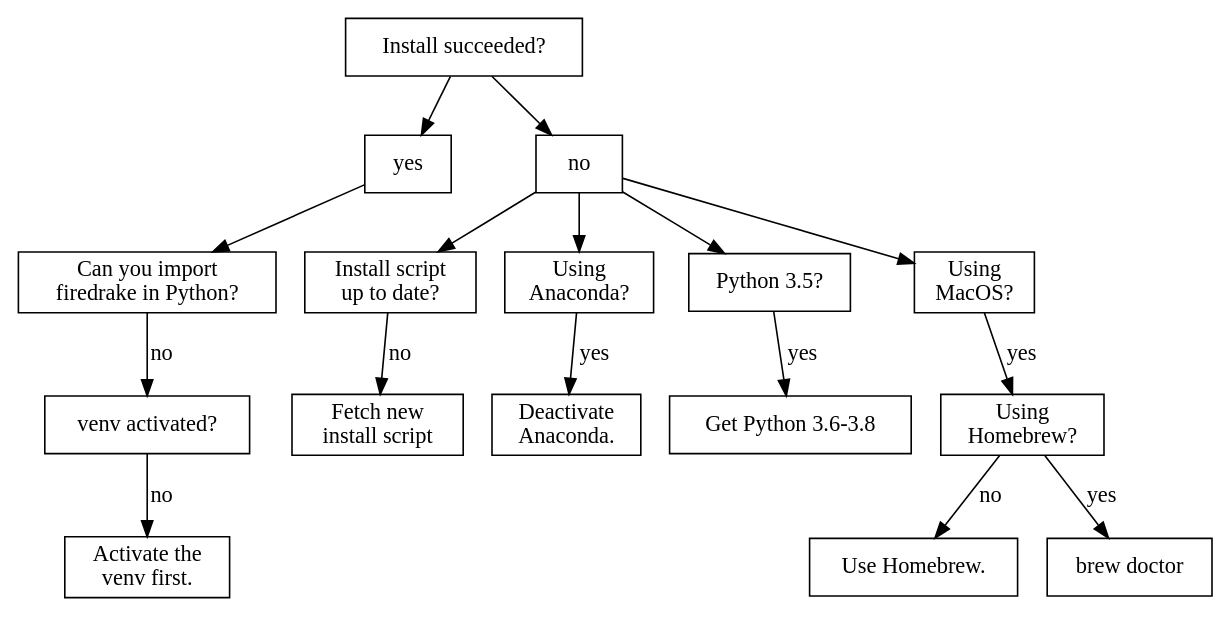
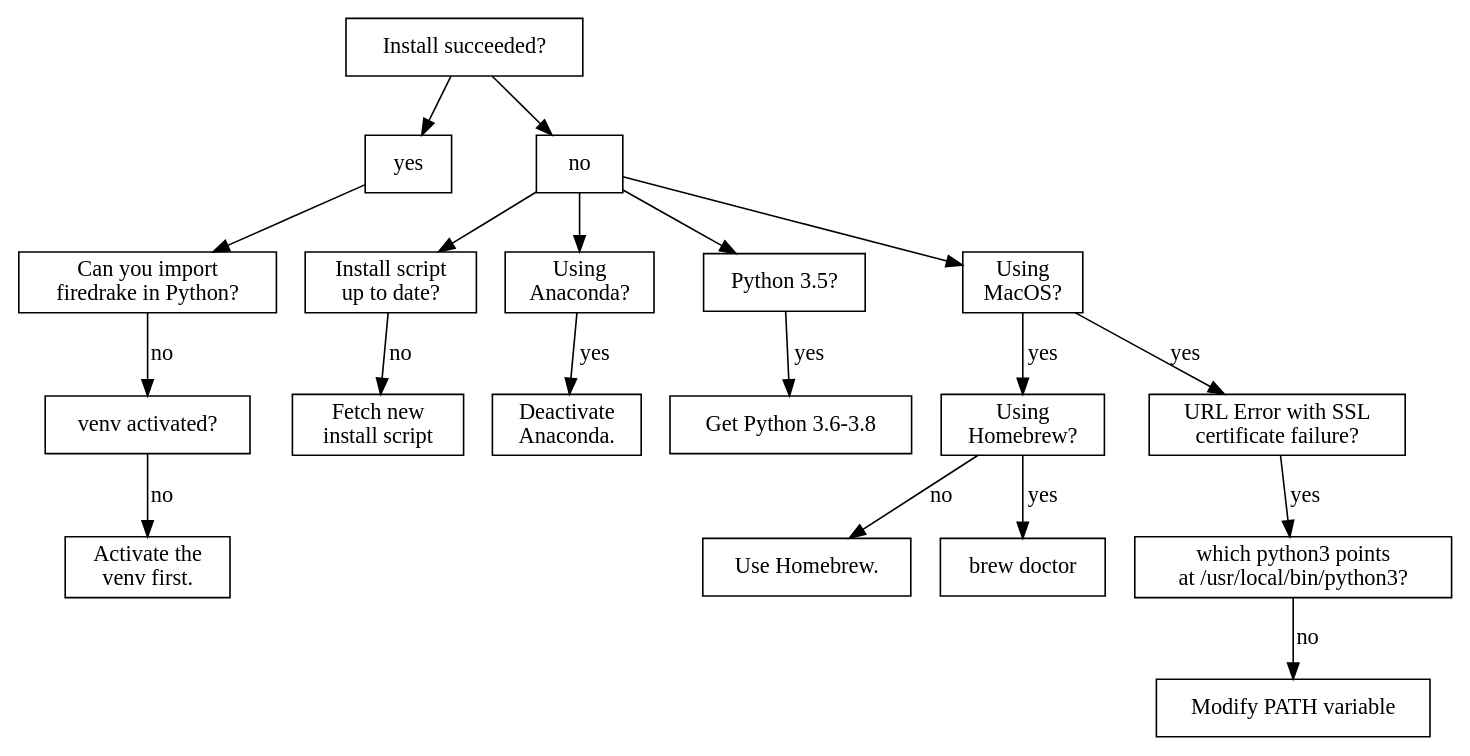
Before and after one commit to firedrakeproject/firedrake: the diagram in docs/source/install-debug.dot, drawn with Graphviz.

Commit message:
Docs - debug install failures: Add more advice on how to debug Firedrake install failures, in particular how to deal with the SSL certificate error.

```diff
--- a/docs/source/install-debug.dot
+++ b/docs/source/install-debug.dot
@@ -1,35 +1,41 @@
 digraph triage {
     node [shape=rect];
 
     can_install [label="Install succeeded?"];
     install_succeeded [label="yes"];
     install_failed [label="no"];
     can_import [label="Can you import\nfiredrake in Python?"];
     venv_activated [label="venv activated?"];
     install_script_up_to_date [label="Install script\nup to date?"];
     using_anaconda [label="Using\nAnaconda?"];
     python_version [label="Python 3.5?"];
     using_macos [label="Using\nMacOS?"];
     using_homebrew [label="Using\nHomebrew?"];
+    url_error [label="URL Error with SSL\ncertificate failure?"];
+    which_python [label="which python3 points\nat /usr/local/bin/python3?"];
 
     activate_venv [label="Activate the\nvenv first."];
     uninstall_anaconda [label="Deactivate\nAnaconda."];
     update_python [label="Get Python 3.6-3.8"];
     update_install_script [label="Fetch new\ninstall script"];
     get_homebrew [label="Use Homebrew."];
     brew_doctor [label="brew doctor"];
+    change_path [label="Modify PATH variable"];
 
     can_install -> install_succeeded;
     install_succeeded -> can_import;
     can_import -> venv_activated [label="no"];
     venv_activated -> activate_venv [label="no"];
 
     can_install -> install_failed;
     install_failed -> {install_script_up_to_date, using_anaconda, python_version, using_macos};
     install_script_up_to_date -> update_install_script [label="no"];
     python_version -> update_python [label="yes"];
     using_anaconda -> uninstall_anaconda [label="yes"];
     using_macos -> using_homebrew [label="yes"];
     using_homebrew -> get_homebrew [label="no"];
     using_homebrew -> brew_doctor [label="yes"];
+    using_macos -> url_error [label="yes"];
+    url_error -> which_python [label="yes"];
+    which_python -> change_path [label="no"];
 }
```
